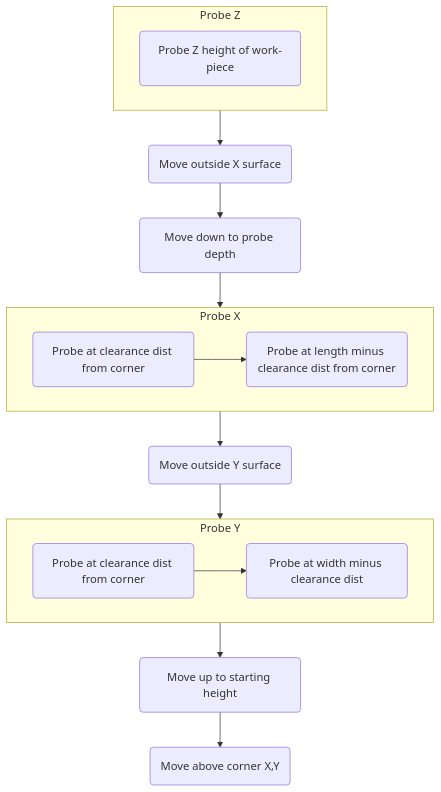
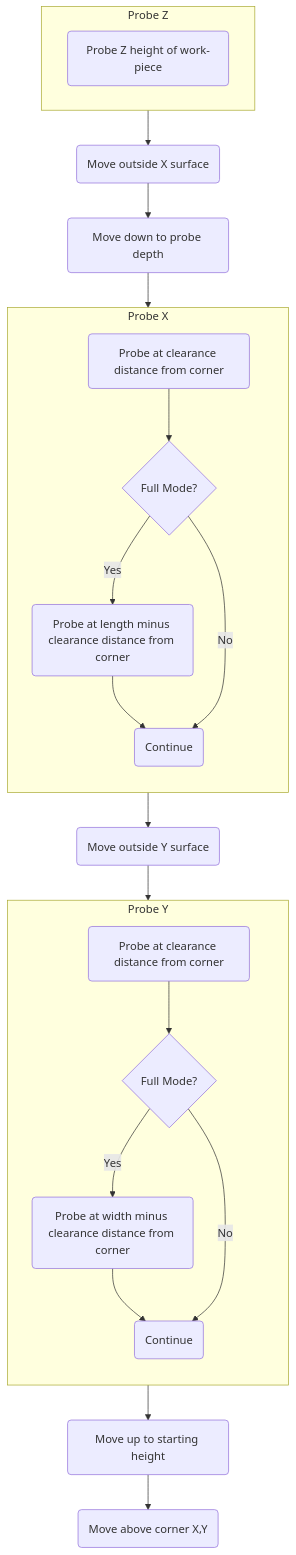
One commit to MillenniumMachines/millenniummachines.github.io changed the third of 10 diagrams in docs/millennium-os/manual/usage.md. Above: the diagram before and after it, drawn with Mermaid. The commit also changed other lines of this file, not shown here.

````diff
--- a/docs/millennium-os/manual/usage.md
+++ b/docs/millennium-os/manual/usage.md
@@ -133,22 +139,32 @@
 ```mermaid
 flowchart TB
     subgraph A1[Probe Z]
         1(Probe Z height of work-piece)
     end
     2(Move outside X surface)
     3(Move down to probe depth)
     subgraph A2[Probe X]
-        4(Probe at clearance dist from corner)
-        5(Probe at length minus clearance dist from corner)
-        4 --> 5
+        direction TB
+        4(Probe at clearance distance from corner)
+        5{Full Mode?}
+        6(Probe at length minus clearance distance from corner)
+        7(Continue)
+        4 --> 5 -->|Yes| 6
+        6 --> 7
+        5 -->|No| 7
     end
-    6(Move outside Y surface)
+    8(Move outside Y surface)
     subgraph A3[Probe Y]
-        7(Probe at clearance dist from corner)
-        8(Probe at width minus clearance dist)
-        7 --> 8
+        direction TB
+        9(Probe at clearance distance from corner)
+        10{Full Mode?}
+        11(Probe at width minus clearance distance from corner)
+        12(Continue)
+        9 --> 10 -->|Yes| 11
+        11 --> 12
+        10 -->|No| 12
     end
-    9(Move up to starting height)
-    10(Move above corner X,Y)
-    A1 --> 2 --> 3 --> A2 --> 6 --> A3 --> 9 --> 10
+    13(Move up to starting height)
+    14(Move above corner X,Y)
+    A1 --> 2 --> 3 --> A2 --> 8 --> A3 --> 13 --> 14
 ```
````
